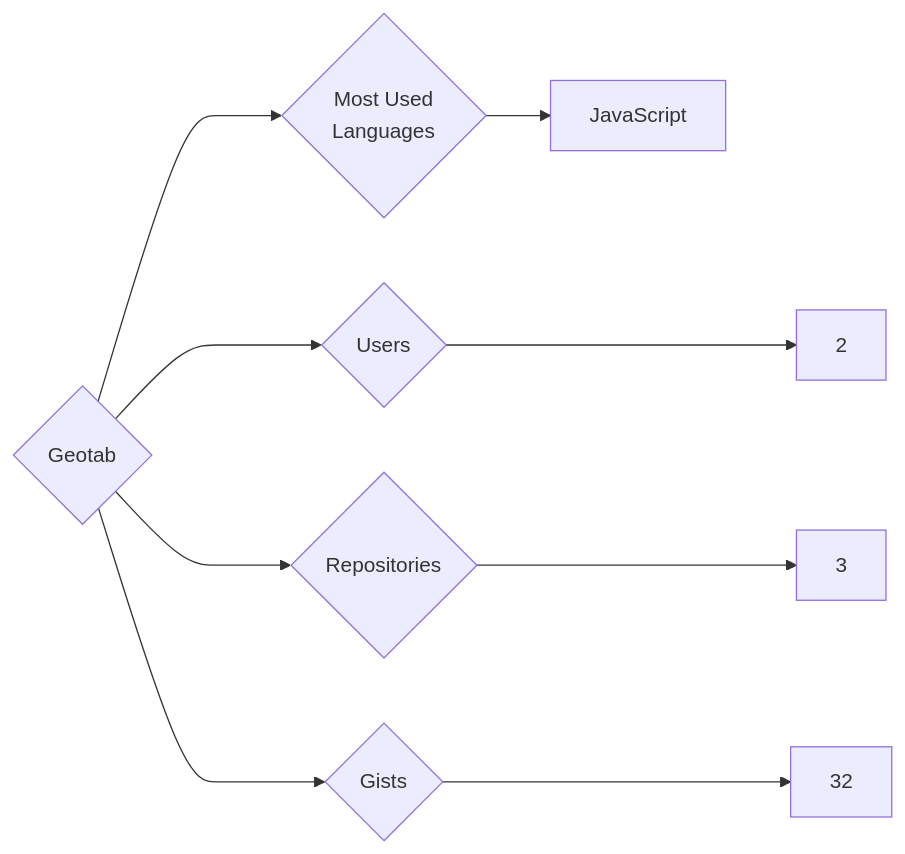
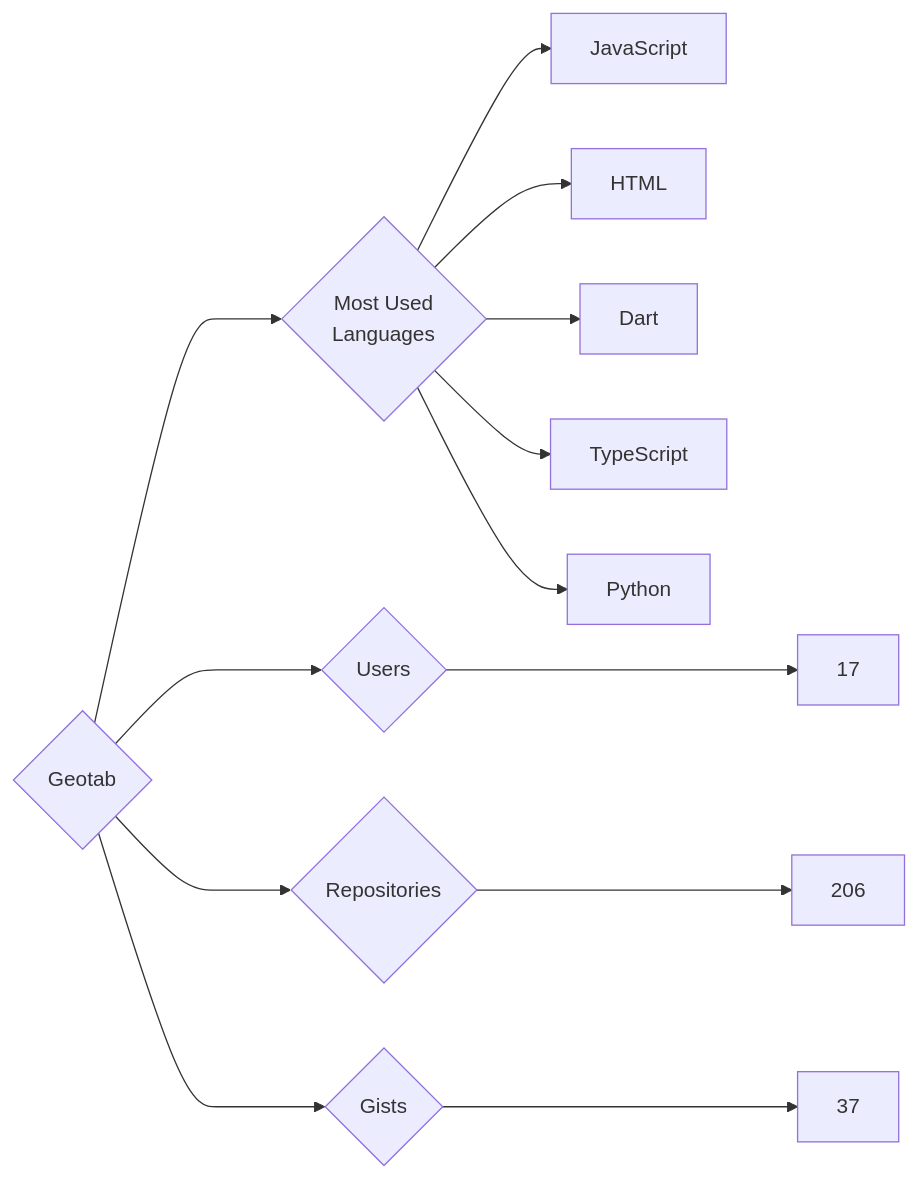
One commit to trickest/insiders changed the diagram in targets/Geotab/README.md. Above: the diagram before and after it, drawn with Mermaid. The commit also changed 757 other files, not shown here.

````diff
--- a/targets/Geotab/README.md
+++ b/targets/Geotab/README.md
@@ -3,9 +3,13 @@
 ```mermaid
 graph LR
 COMPANY_NAME{Geotab}
-COMPANY_NAME ---> U{Users} ---> UN[2]
-COMPANY_NAME ---> R{Repositories} ---> RN[3]
-COMPANY_NAME ---> G{Gists} ---> GN[32]
+COMPANY_NAME ---> U{Users} ---> UN[17]
+COMPANY_NAME ---> R{Repositories} ---> RN[206]
+COMPANY_NAME ---> G{Gists} ---> GN[37]
 COMPANY_NAME ---> ML{Most Used<br>Languages}
 ML --> JavaScript[JavaScript]
+ML --> HTML[HTML]
+ML --> Dart[Dart]
+ML --> TypeScript[TypeScript]
+ML --> Python[Python]
 ```
````
